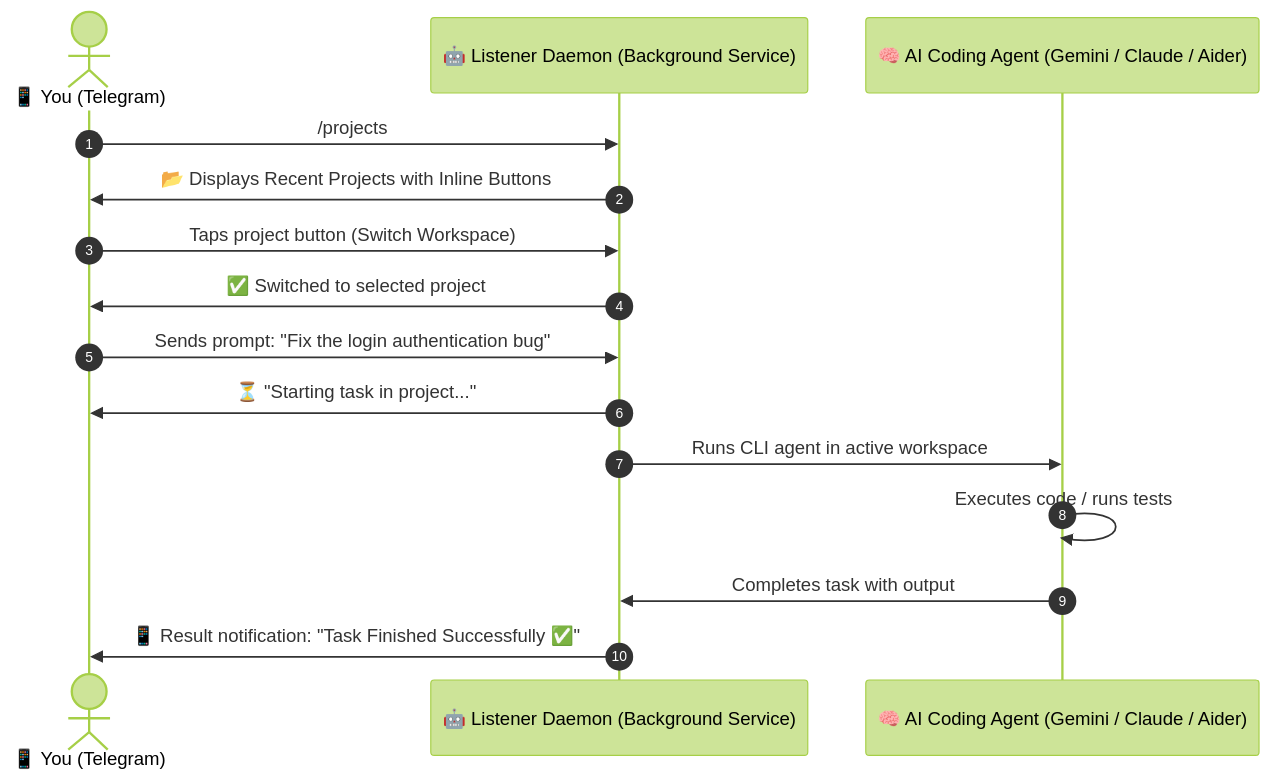
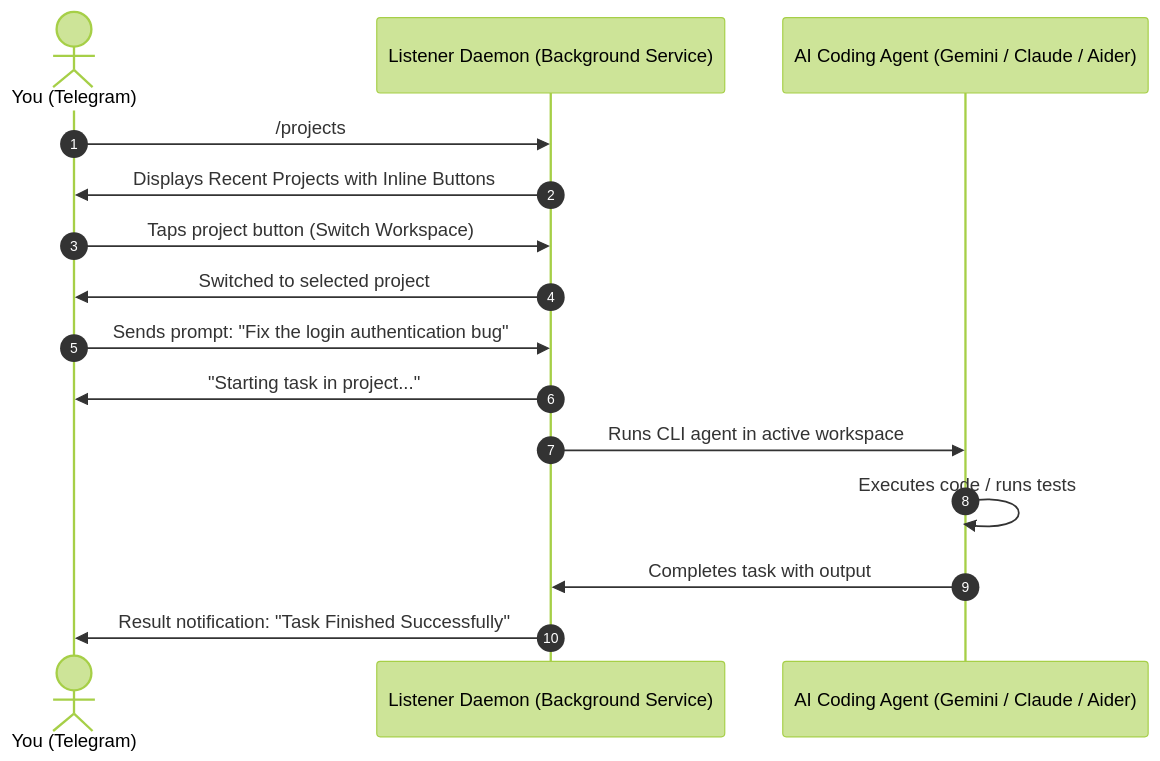
One commit to alhinawi/telegram-notifier changed the diagram in README.md. Above: the diagram before and after it, drawn with Mermaid (forest theme). The commit also changed other lines of this file and 21 other files, not shown here.

````diff
--- a/README.md
+++ b/README.md
@@ -7,18 +7,18 @@
 ```mermaid
 sequenceDiagram
     autonumber
-    actor User as 📱 You (Telegram)
-    participant Bot as 🤖 Listener Daemon (Background Service)
-    participant Agent as 🧠 AI Coding Agent (Gemini / Claude / Aider)
-    
+    actor User as You (Telegram)
+    participant Bot as Listener Daemon (Background Service)
+    participant Agent as AI Coding Agent (Gemini / Claude / Aider)
+
     User->>Bot: /projects
-    Bot->>User: 📂 Displays Recent Projects with Inline Buttons
+    Bot->>User: Displays Recent Projects with Inline Buttons
     User->>Bot: Taps project button (Switch Workspace)
-    Bot->>User: ✅ Switched to selected project
+    Bot->>User: Switched to selected project
     User->>Bot: Sends prompt: "Fix the login authentication bug"
-    Bot->>User: ⏳ "Starting task in project..."
+    Bot->>User: "Starting task in project..."
     Bot->>Agent: Runs CLI agent in active workspace
     Agent->>Agent: Executes code / runs tests
     Agent->>Bot: Completes task with output
-    Bot->>User: 📱 Result notification: "Task Finished Successfully ✅"
+    Bot->>User: Result notification: "Task Finished Successfully"
 ```
````
